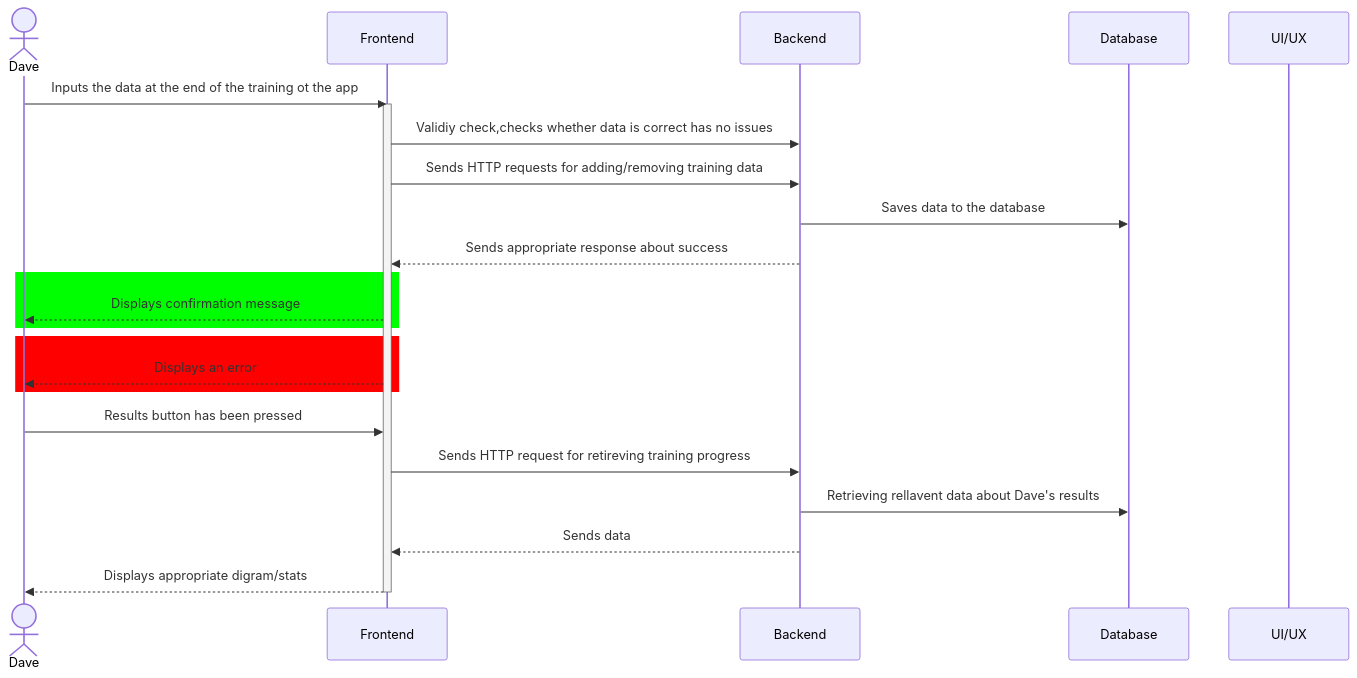
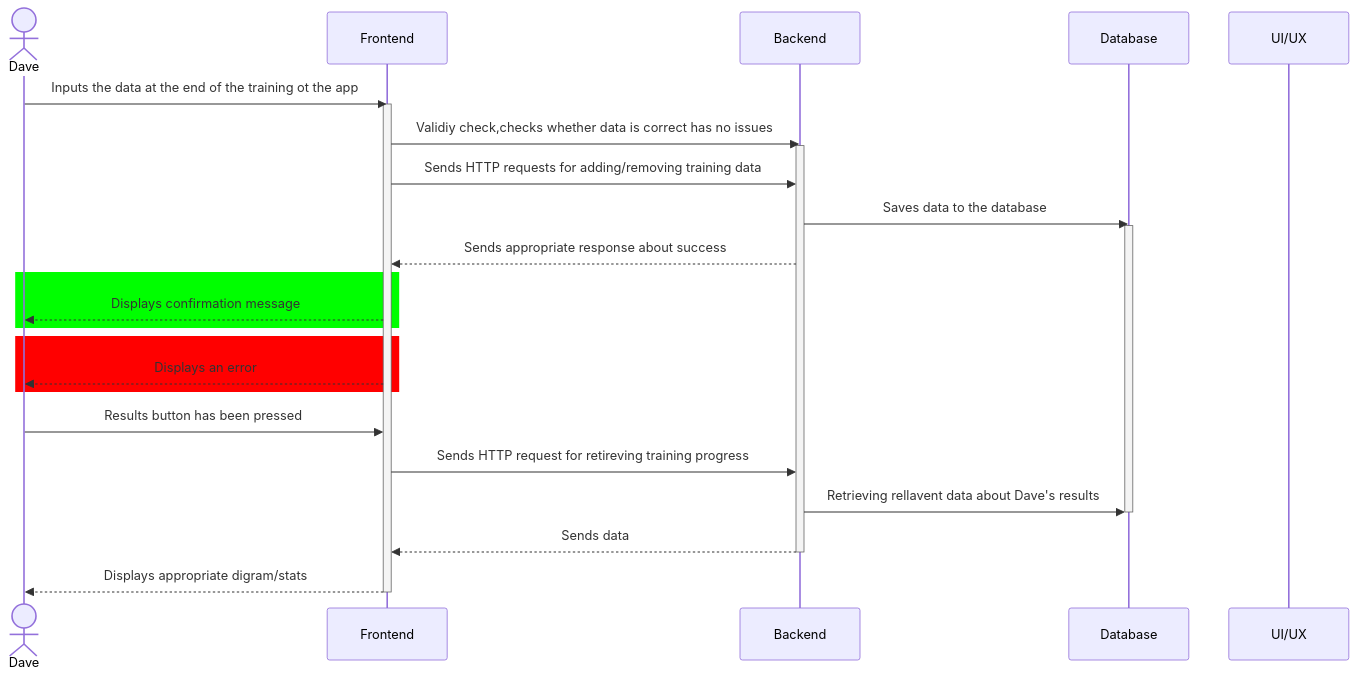
One commit to Bosco-13/cmp5012b-team changed the second of 3 diagrams in docs/sequence-diagrams.md. Above: the diagram before and after it, drawn with Mermaid.

````diff
--- a/docs/sequence-diagrams.md
+++ b/docs/sequence-diagrams.md
@@ -66,26 +66,30 @@
 ``` mermaid
 sequenceDiagram
     actor Dave
     participant Frontend
     participant Backend
     participant Database
     participant UI/UX
     Dave ->> Frontend: Inputs the data at the end of the training ot the app
     activate Frontend
     Frontend ->> Backend: Validiy check,checks whether data is correct has no issues
+    activate Backend
     Frontend ->> Backend: Sends HTTP requests for adding/removing training data
     Backend ->> Database: Saves data to the database
+    activate Database
     Backend -->> Frontend: Sends appropriate response about success
     rect rgb(0,255,0)
     Frontend -->> Dave: Displays confirmation message
     end
     rect rgb(255,0,0)  
     Frontend -->> Dave: Displays an error
     end
     Dave ->> Frontend: Results button has been pressed
     Frontend ->> Backend: Sends HTTP request for retireving training progress
     Backend ->> Database: Retrieving rellavent data about Dave's results
+    deactivate Database
     Backend -->> Frontend: Sends data
+    deactivate Backend
     Frontend -->> Dave: Displays appropriate digram/stats
     deactivate Frontend
 ```
````
